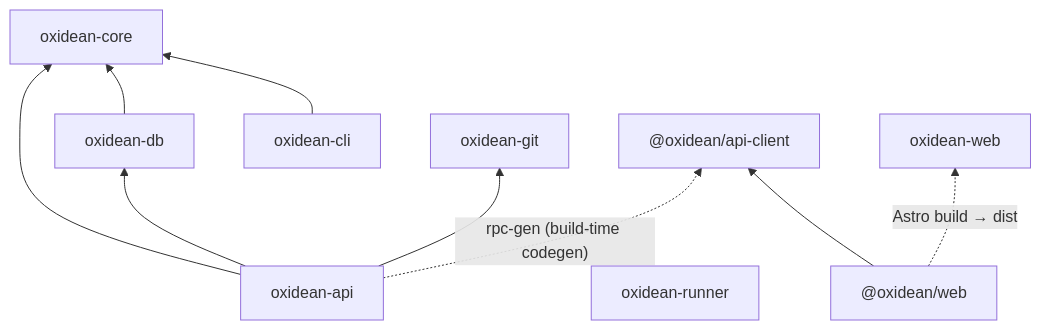
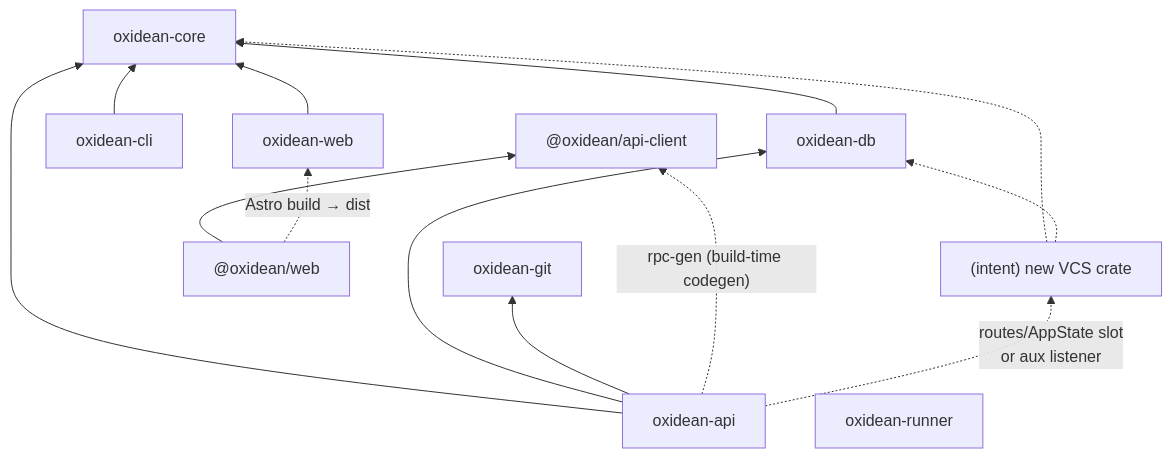
Before and after one commit to oxidean/oxidean: the diagram in aidlc/spaces/default/codekb/oxidean-app/dependencies.md, drawn with Mermaid. The commit also changed other lines of this file and 623 other files, not shown here.

````diff
--- a/aidlc/spaces/default/codekb/oxidean-app/dependencies.md
+++ b/aidlc/spaces/default/codekb/oxidean-app/dependencies.md
@@ -22,16 +22,19 @@
 ```mermaid
 graph BT
     core[oxidean-core]
     db[oxidean-db] --> core
     git[oxidean-git]
     api[oxidean-api] --> core
     api --> db
     api --> git
     cli[oxidean-cli] --> core
-    web_crate[oxidean-web]
+    web_crate[oxidean-web] --> core
     runner[oxidean-runner]
     apiclient["@oxidean/api-client"]
     webapp["@oxidean/web"] --> apiclient
     api -. "rpc-gen (build-time codegen)" .-> apiclient
     webapp -. "Astro build → dist" .-> web_crate
+    vcs["(intent) new VCS crate"] -.-> core
+    vcs -.-> db
+    api -. "routes/AppState slot<br/>or aux listener" .-> vcs
 ```
````
